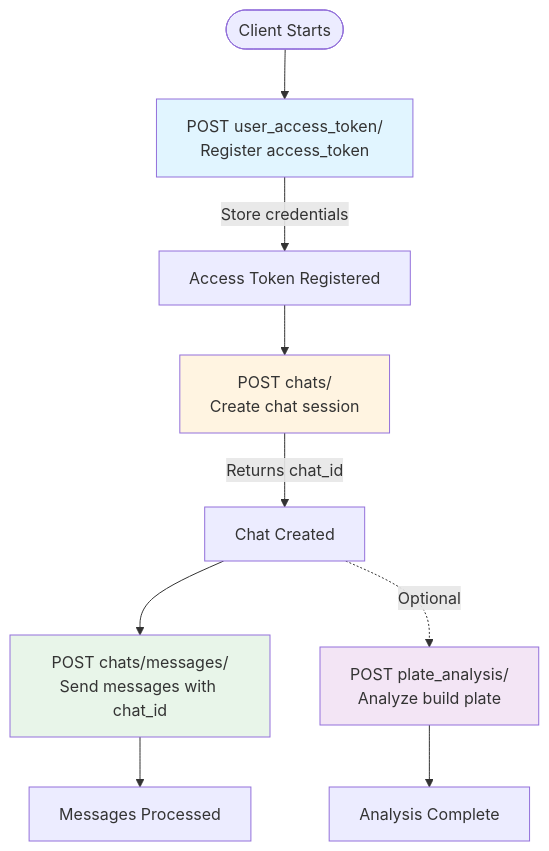
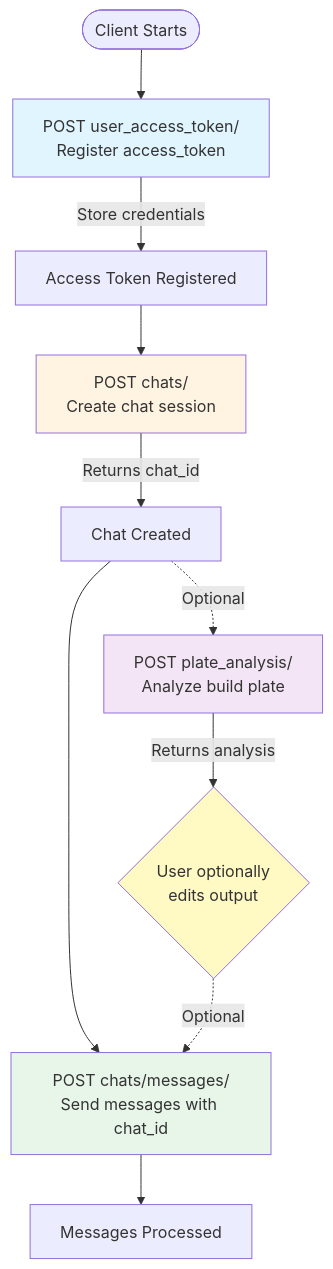
The diagram in website/docs/elegoo-apis/elegoo-api-flow.md (TheSpaghettiDetective/obico-server), drawn with Mermaid before and after one commit. The commit also changed other lines of this file, not shown here.

Commit message:
Squash merge eledoc

````diff
--- a/website/docs/elegoo-apis/elegoo-api-flow.md
+++ b/website/docs/elegoo-apis/elegoo-api-flow.md
@@ -18,19 +18,21 @@
 ```mermaid
 flowchart TD
     Start([Client Starts]) --> Register[POST user_access_token/<br/>Register access_token]
     Register -->|Store credentials| Auth[Access Token Registered]
 
     Auth --> CreateChat[POST chats/<br/>Create chat session]
     CreateChat -->|Returns chat_id| ChatCreated[Chat Created]
 
     ChatCreated --> SendMessages[POST chats/messages/<br/>Send messages with chat_id]
     SendMessages --> MessagesSent[Messages Processed]
 
     ChatCreated -.->|Optional| PlateAnalysis[POST plate_analysis/<br/>Analyze build plate]
-    PlateAnalysis --> AnalysisComplete[Analysis Complete]
+    PlateAnalysis -->|Returns analysis| UserEdit{User optionally<br/>edits output}
+    UserEdit -.->|Optional| SendMessages
 
     style Register fill:#e1f5ff
     style CreateChat fill:#fff4e1
     style SendMessages fill:#e8f5e9
     style PlateAnalysis fill:#f3e5f5
+    style UserEdit fill:#fff9c4
 ```
````
